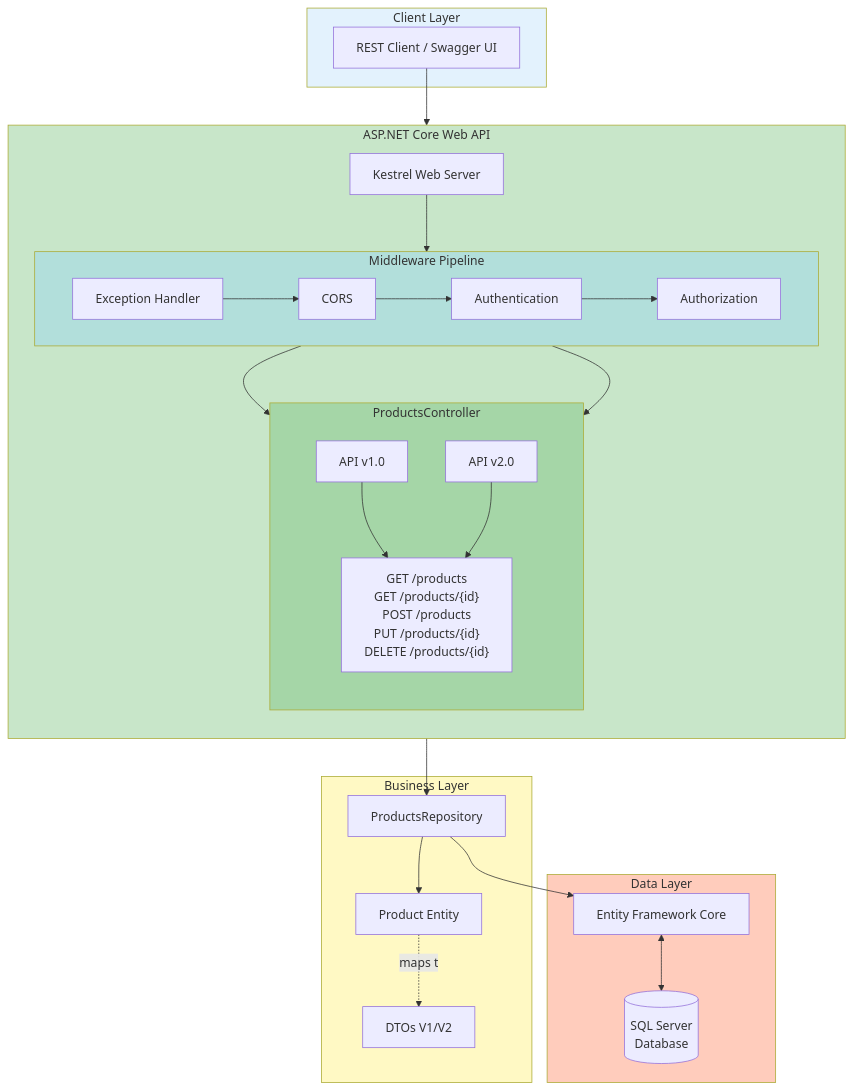
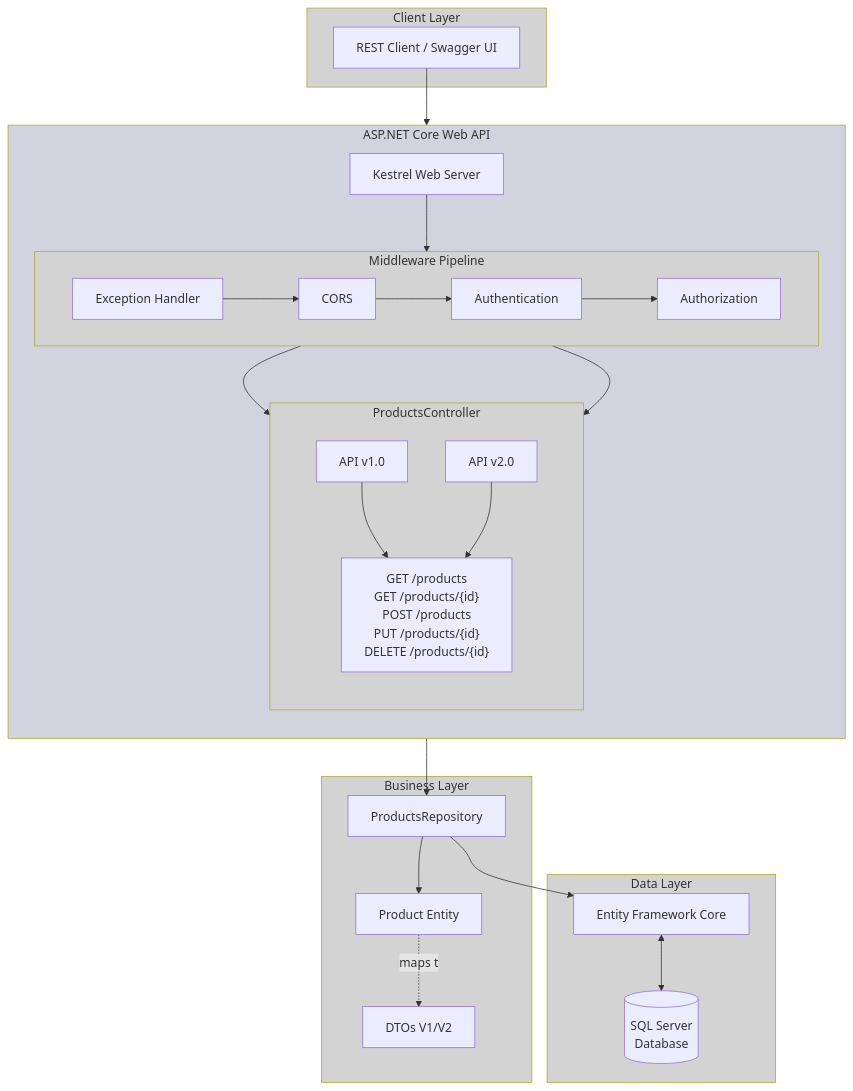
One commit to harryho/eshop-api-dotnet-demo changed the diagram in README.md. Above: the diagram before and after it, drawn with Mermaid.

Commit message:
chore:move script files to folder scripts

````diff
--- a/README.md
+++ b/README.md
@@ -7,55 +7,55 @@
 ```mermaid
-graph TB
+flowchart TB
     subgraph Client["Client Layer"]
         HTTP[REST Client / Swagger UI]
     end
 
     subgraph API["ASP.NET Core Web API"]
         direction TB
         KESTREL[Kestrel Web Server]
         
         subgraph Middleware["Middleware Pipeline"]
             direction LR
             MW1[Exception Handler] --> MW2[CORS]
             MW2 --> MW3[Authentication]
             MW3 --> MW4[Authorization]
         end
         
         subgraph Controller["ProductsController"]
             direction TB
             V1[API v1.0]
             V2[API v2.0]
             ACTIONS["GET /products<br/>GET /products/{id}<br/>POST /products<br/>PUT /products/{id}<br/>DELETE /products/{id}"]
         end
         
         KESTREL --> Middleware
         Middleware --> V1 & V2
         V1 --> ACTIONS
         V2 --> ACTIONS
     end
 
     subgraph Business["Business Layer"]
         REPO[ProductsRepository]
         ENTITY[Product Entity]
         DTO[DTOs V1/V2]
     end
 
     subgraph Data["Data Layer"]
         EF[Entity Framework Core]
         DB[(SQL Server<br/>Database)]
     end
 
     HTTP --> KESTREL
     ACTIONS --> REPO
     REPO --> ENTITY
     ENTITY -.maps to.-> DTO
     REPO --> EF
     EF <--> DB
 
-    style Client fill:#e3f2fd
-    style API fill:#c8e6c9
-    style Middleware fill:#b2dfdb
-    style Controller fill:#a5d6a7
-    style Business fill:#fff9c4
-    style Data fill:#ffccbc
+    style Client fill:#d3d3d3
+    style API fill:#d3d3df
+    style Middleware fill:#d3d3d3
+    style Controller fill:#d3d3d3
+    style Business fill:#d3d3d3
+    style Data fill:#d3d3d3
 ```
````
